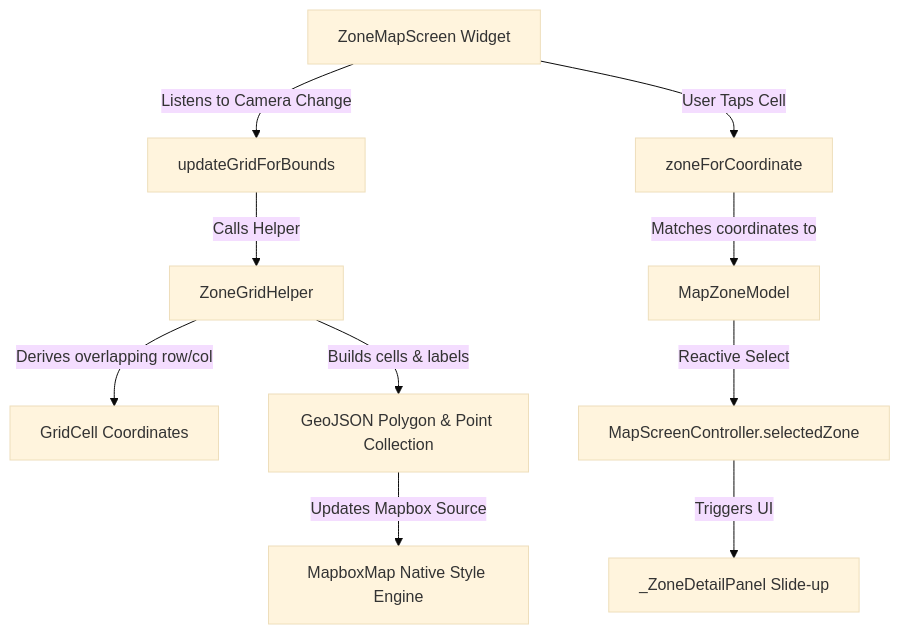
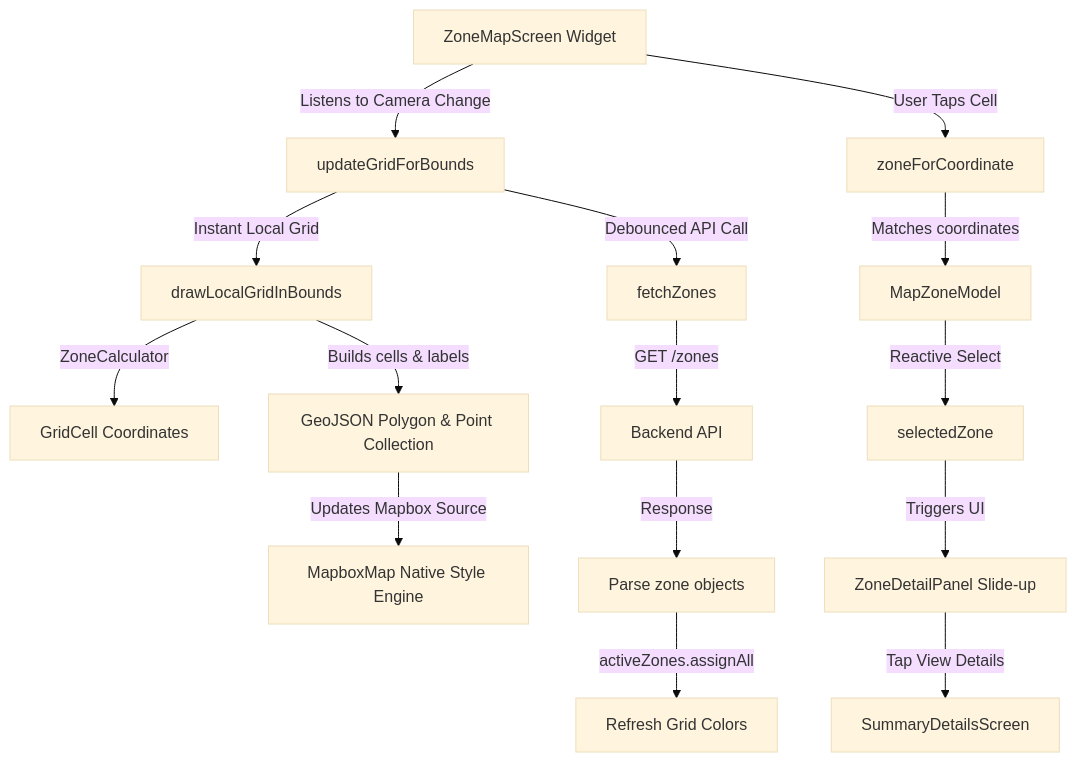
The third of 6 diagrams in ai_tracking_update.md (Kamrulbiswas009/offsore_fishing_app), drawn with Mermaid (base theme) before and after one commit. The commit also changed other lines of this file and 19 other files, not shown here.

Commit message:
feat: implement SQLite-based offline API cache and Mapbox offline map download service

````diff
--- a/ai_tracking_update.md
+++ b/ai_tracking_update.md
@@ -62,12 +1045,17 @@
 ```mermaid
 graph TD
     A[ZoneMapScreen Widget] -->|Listens to Camera Change| B[updateGridForBounds]
     A -->|User Taps Cell| C[zoneForCoordinate]
-    B -->|Calls Helper| D[ZoneGridHelper]
-    D -->|Derives overlapping row/col| E[GridCell Coordinates]
-    D -->|Builds cells & labels| F[GeoJSON Polygon & Point Collection]
-    F -->|Updates Mapbox Source| G[MapboxMap Native Style Engine]
-    C -->|Matches coordinates to| H[MapZoneModel]
-    H -->|Reactive Select| I[MapScreenController.selectedZone]
-    I -->|Triggers UI| J[_ZoneDetailPanel Slide-up]
+    B -->|Instant Local Grid| D[drawLocalGridInBounds]
+    B -->|Debounced API Call| E[fetchZones]
+    D -->|ZoneCalculator| F[GridCell Coordinates]
+    D -->|Builds cells & labels| G[GeoJSON Polygon & Point Collection]
+    G -->|Updates Mapbox Source| H[MapboxMap Native Style Engine]
+    E -->|GET /zones| I[Backend API]
+    I -->|Response| J[Parse zone objects]
+    J -->|activeZones.assignAll| K[Refresh Grid Colors]
+    C -->|Matches coordinates| L[MapZoneModel]
+    L -->|Reactive Select| M[selectedZone]
+    M -->|Triggers UI| N[ZoneDetailPanel Slide-up]
+    N -->|Tap View Details| O[SummaryDetailsScreen]
 ```
````
